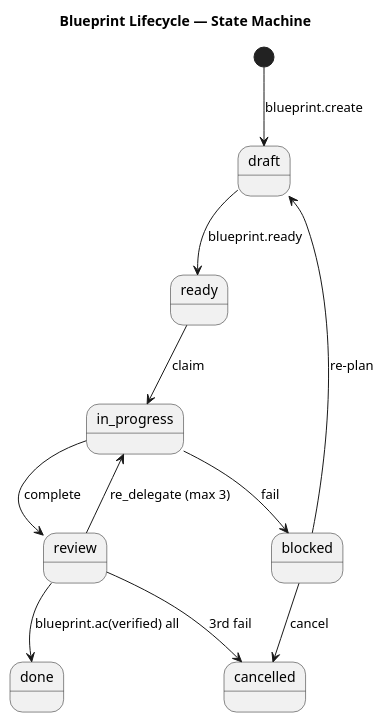
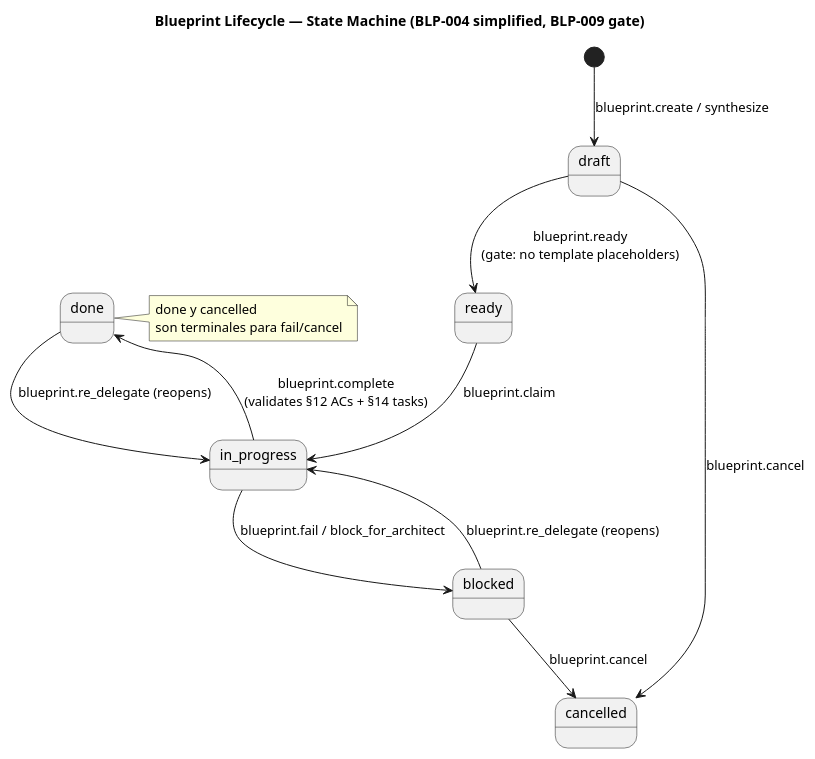
The diagram in src/arqux/skills/workflows/w08-blueprint-lifecycle.md (FidelErnesto03/arqux), drawn with PlantUML before and after one commit. The commit also changed other lines of this file and 29 other files, not shown here.

```diff
--- a/src/arqux/skills/workflows/w08-blueprint-lifecycle.md
+++ b/src/arqux/skills/workflows/w08-blueprint-lifecycle.md
@@ -15,22 +15,21 @@
 @startuml
-title Blueprint Lifecycle — State Machine
+title Blueprint Lifecycle — State Machine (BLP-004 simplified, BLP-009 gate)
 
 state "draft" as D
 state "ready" as R
 state "in_progress" as IP
-state "review" as RV
 state "done" as DN
 state "blocked" as B
 state "cancelled" as CN
 
-[*] --> D : blueprint.create
-D --> R : blueprint.ready
-R --> IP : claim
-IP --> RV : complete
-IP --> B : fail
-B --> D : re-plan
-B --> CN : cancel
-RV --> DN : blueprint.ac(verified) all
-RV --> IP : re_delegate (max 3)
-RV --> CN : 3rd fail
+[*] --> D : blueprint.create / synthesize
+D --> R : blueprint.ready\n(gate: no template placeholders)
+R --> IP : blueprint.claim
+IP --> DN : blueprint.complete\n(validates §12 ACs + §14 tasks)
+IP --> B : blueprint.fail / block_for_architect
+B --> IP : blueprint.re_delegate (reopens)
+DN --> IP : blueprint.re_delegate (reopens)
+D --> CN : blueprint.cancel
+B --> CN : blueprint.cancel
+note right of DN : done y cancelled\nson terminales para fail/cancel
 @enduml
```
